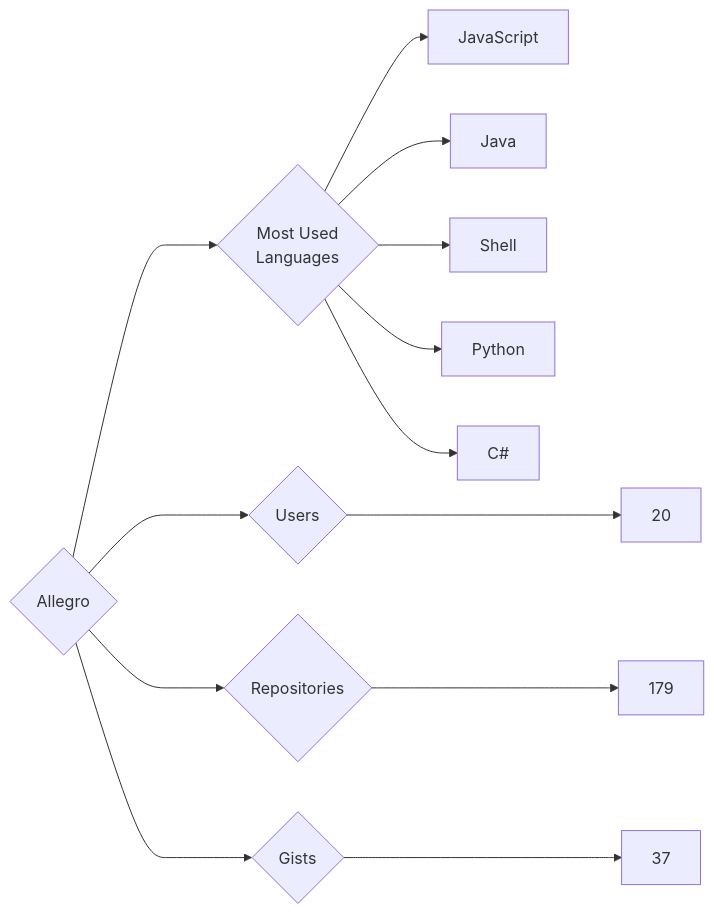
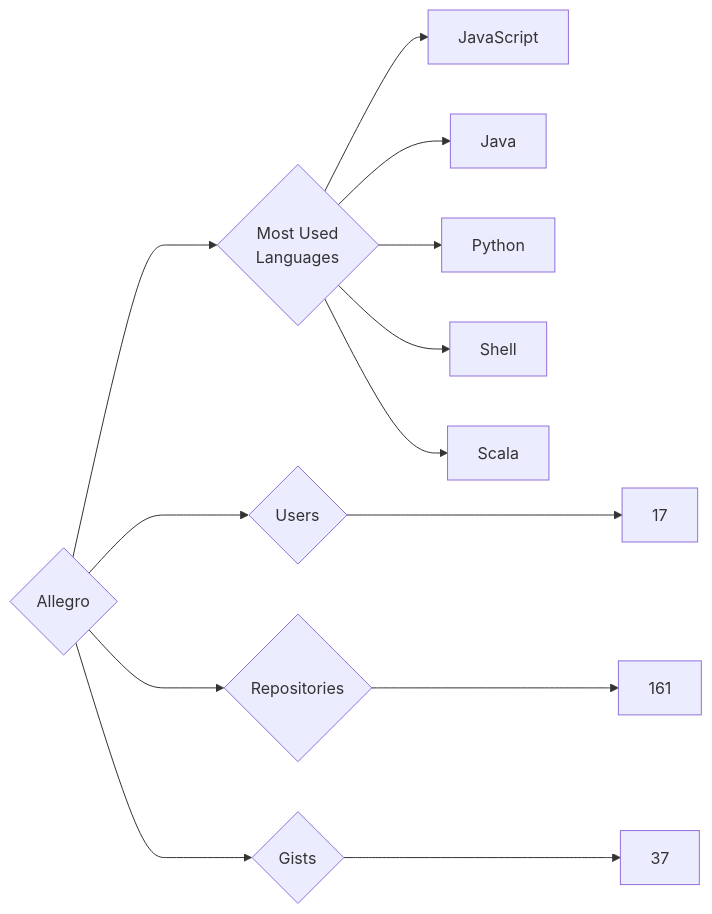
The diagram in targets/Allegro/README.md (trickest/insiders), drawn with Mermaid before and after one commit. The commit also changed 927 other files, not shown here.

````diff
--- a/targets/Allegro/README.md
+++ b/targets/Allegro/README.md
@@ -3,13 +3,13 @@
 ```mermaid
 graph LR
 COMPANY_NAME{Allegro}
-COMPANY_NAME ---> U{Users} ---> UN[20]
-COMPANY_NAME ---> R{Repositories} ---> RN[179]
+COMPANY_NAME ---> U{Users} ---> UN[17]
+COMPANY_NAME ---> R{Repositories} ---> RN[161]
 COMPANY_NAME ---> G{Gists} ---> GN[37]
 COMPANY_NAME ---> ML{Most Used<br>Languages}
 ML --> JavaScript[JavaScript]
 ML --> Java[Java]
+ML --> Python[Python]
 ML --> Shell[Shell]
-ML --> Python[Python]
-ML --> C#[C#]
+ML --> Scala[Scala]
 ```
````
